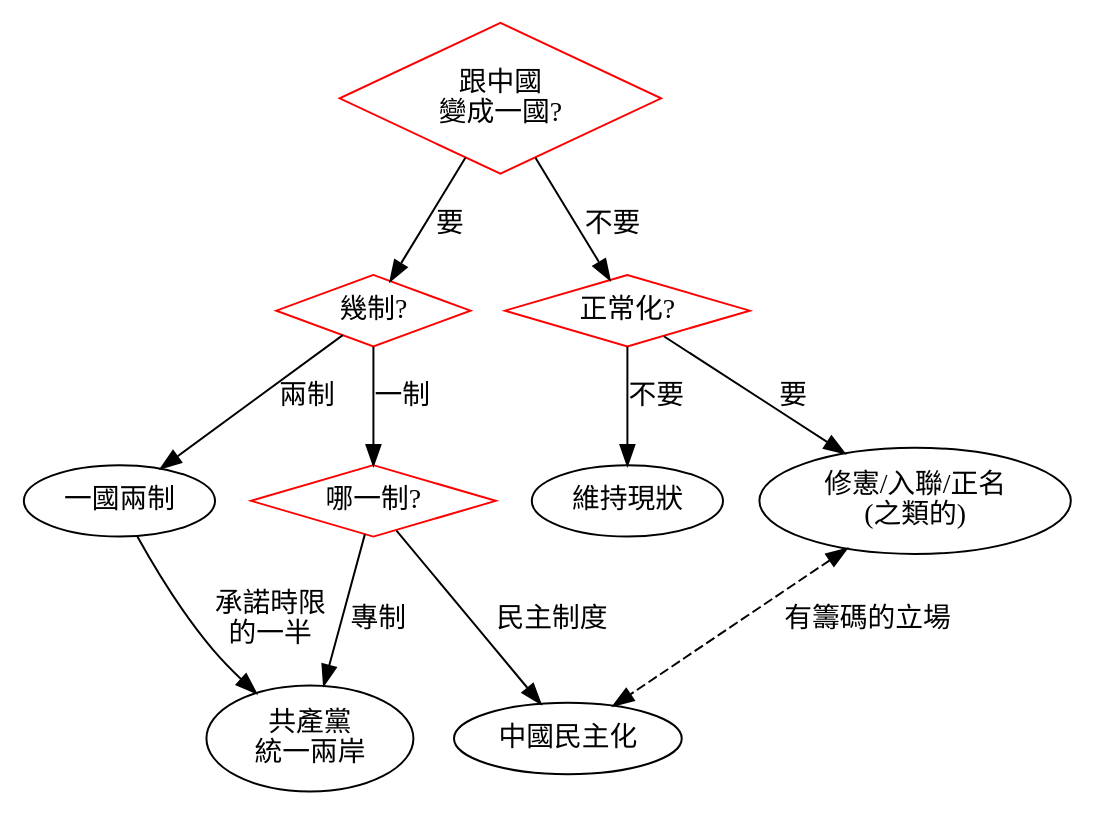
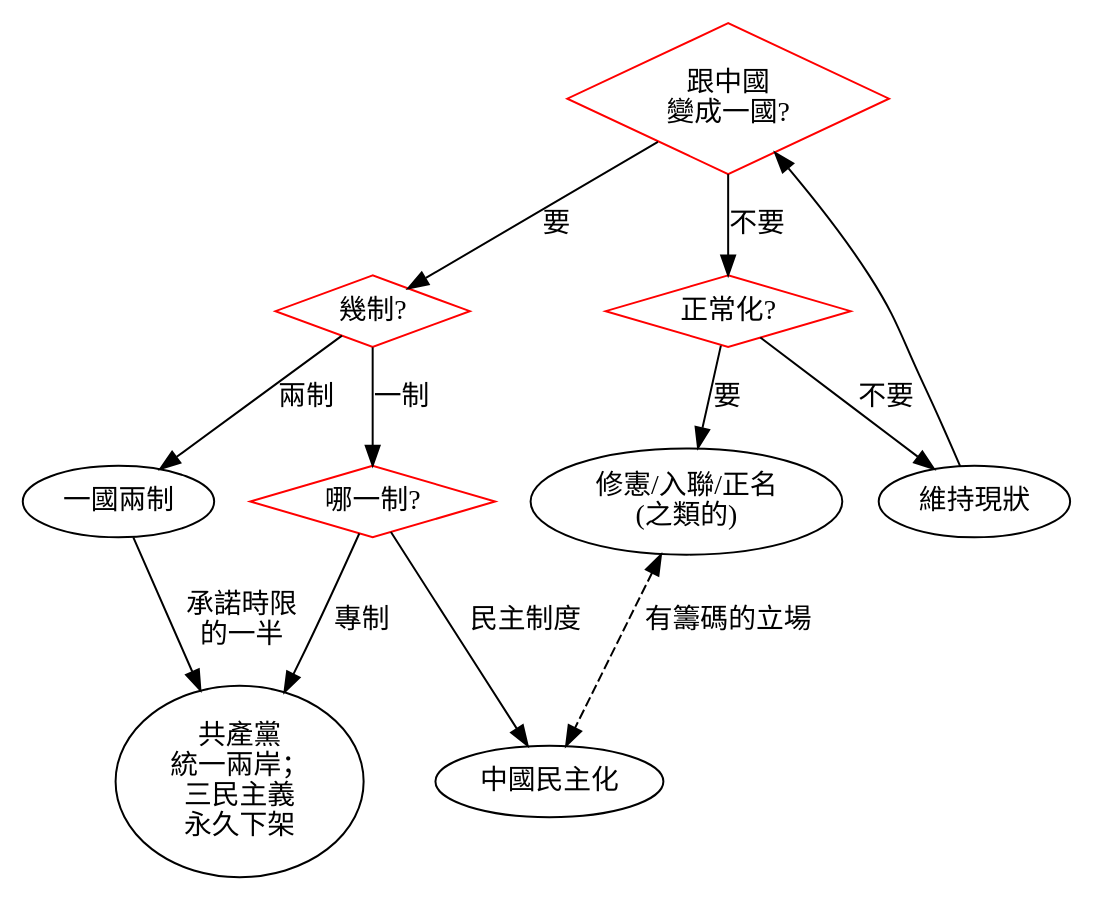
Before and after one commit to ckhung/ckhung.github.io: the diagram in a/m/20/twdt.dot, drawn with Graphviz. The commit also changed 1 other file, not shown here.

```diff
--- a/a/m/20/twdt.dot
+++ b/a/m/20/twdt.dot
@@ -1,27 +1,28 @@
 // dot -Tsvg boot.dot > boot.svg
 digraph "臺灣前途決策樹" {
 
     rankdir = TB;
     overlap = scale;
 
     uniteQ [ shape=diamond; color="red"; label="跟中國\n變成一國?" ];
     sameQ [ shape=diamond; color="red"; label="幾制?" ];
     regQ [ shape=diamond; color="red"; label="正常化?" ];
     democraticQ [ shape=diamond; color="red"; label="哪一制?" ];
     octs [ label="一國兩制" ];
-    ccp [ label="共產黨\n統一兩岸" ];
+    ccp [ label="共產黨\n統一兩岸；\n三民主義\n永久下架" ];
     demo [ label="中國民主化" ];
     quo [ label="維持現狀" ];
     taiwan [ label="修憲/入聯/正名\n(之類的)" ];
 
     uniteQ -> regQ [ label="不要" ];
     uniteQ -> sameQ [ label="要" ];
     sameQ -> democraticQ [ label="一制" ];
     sameQ -> octs [ label="兩制" ];
     democraticQ -> ccp [ label="專制" ];
     democraticQ -> demo [ label="民主制度" ];
     octs -> ccp [ label="承諾時限\n的一半" ];
     regQ -> quo [ label="不要" ];
     regQ -> taiwan [ label="要" ];
     taiwan -> demo [ label="有籌碼的立場"; dir=both; style=dashed ];
+    quo -> uniteQ;
 }
```
